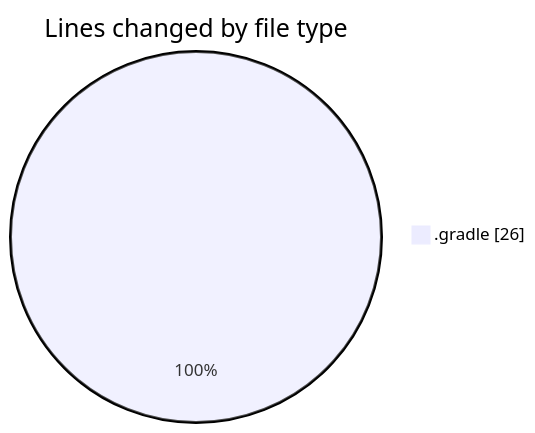
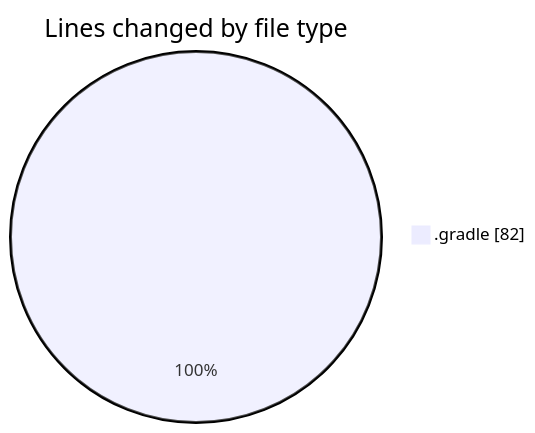
One commit to donsfak/code-tracking changed the first of 2 diagrams in 2025-01-01/uber_clone/README.md. Above: the diagram before and after it, drawn with Mermaid. The commit also changed other lines of this file and 1 other file, not shown here.

````diff
--- a/2025-01-01/uber_clone/README.md
+++ b/2025-01-01/uber_clone/README.md
@@ -20,5 +21,5 @@
 ```mermaid
 pie showData
 title Lines changed by file type
-".gradle" : 26
+".gradle" : 82
 ```
````
